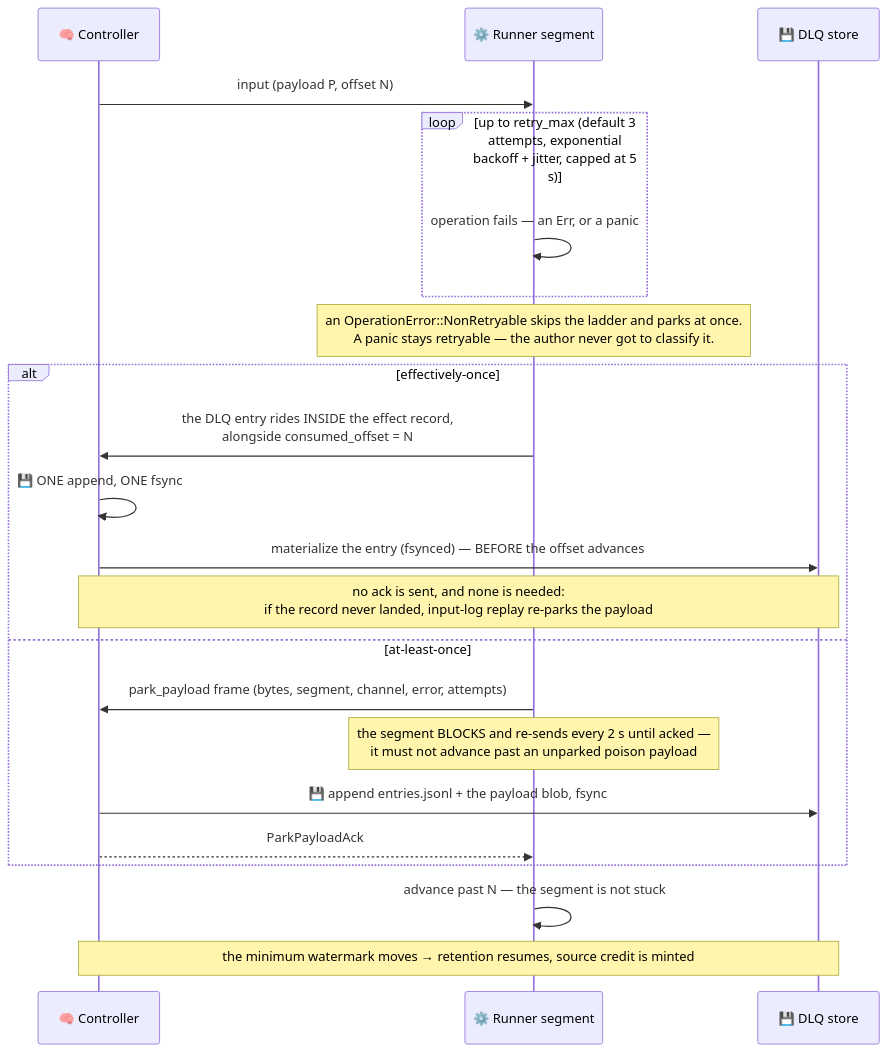
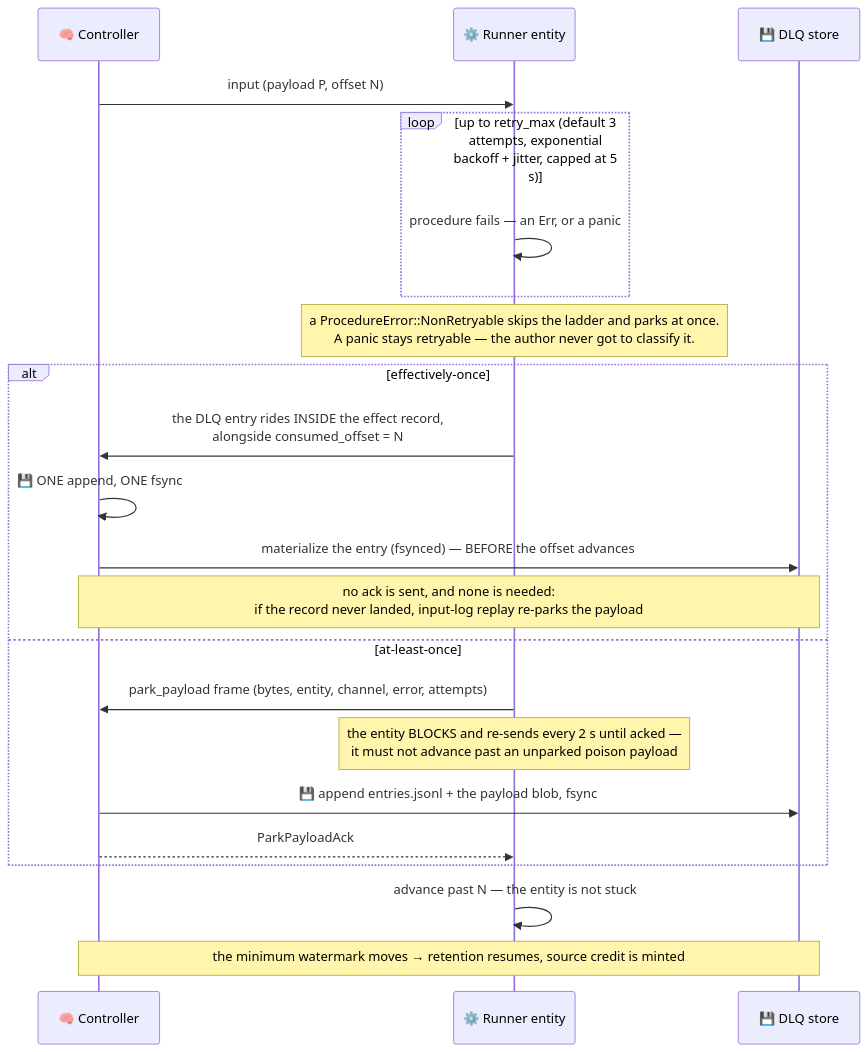
The third of 5 diagrams in docs/architecture/unbounded_profile.md (Flezha/flezha), drawn with Mermaid before and after one commit. The commit also changed other lines of this file and 658 other files, not shown here.

````diff
--- a/docs/architecture/unbounded_profile.md
+++ b/docs/architecture/unbounded_profile.md
@@ -93,27 +93,27 @@
 ```mermaid
 sequenceDiagram
     participant CTRL as 🧠 Controller
-    participant EX as ⚙️ Runner segment
+    participant EX as ⚙️ Runner entity
     participant DLQ as 💾 DLQ store
 
     CTRL->>EX: input (payload P, offset N)
     loop up to retry_max (default 3 attempts, exponential backoff + jitter, capped at 5 s)
-        EX->>EX: operation fails — an Err, or a panic
+        EX->>EX: procedure fails — an Err, or a panic
     end
-    Note over EX: an OperationError::NonRetryable skips the ladder and parks at once.<br/>A panic stays retryable — the author never got to classify it.
+    Note over EX: a ProcedureError::NonRetryable skips the ladder and parks at once.<br/>A panic stays retryable — the author never got to classify it.
 
     alt effectively-once
         EX->>CTRL: the DLQ entry rides INSIDE the effect record,<br/>alongside consumed_offset = N
         CTRL->>CTRL: 💾 ONE append, ONE fsync
         CTRL->>DLQ: materialize the entry (fsynced) — BEFORE the offset advances
         Note over CTRL,DLQ: no ack is sent, and none is needed:<br/>if the record never landed, input-log replay re-parks the payload
     else at-least-once
-        EX->>CTRL: park_payload frame (bytes, segment, channel, error, attempts)
-        Note over EX: the segment BLOCKS and re-sends every 2 s until acked —<br/>it must not advance past an unparked poison payload
+        EX->>CTRL: park_payload frame (bytes, entity, channel, error, attempts)
+        Note over EX: the entity BLOCKS and re-sends every 2 s until acked —<br/>it must not advance past an unparked poison payload
         CTRL->>DLQ: 💾 append entries.jsonl + the payload blob, fsync
         CTRL-->>EX: ParkPayloadAck
     end
 
-    EX->>EX: advance past N — the segment is not stuck
+    EX->>EX: advance past N — the entity is not stuck
     Note over CTRL,DLQ: the minimum watermark moves → retention resumes, source credit is minted
 ```
````
